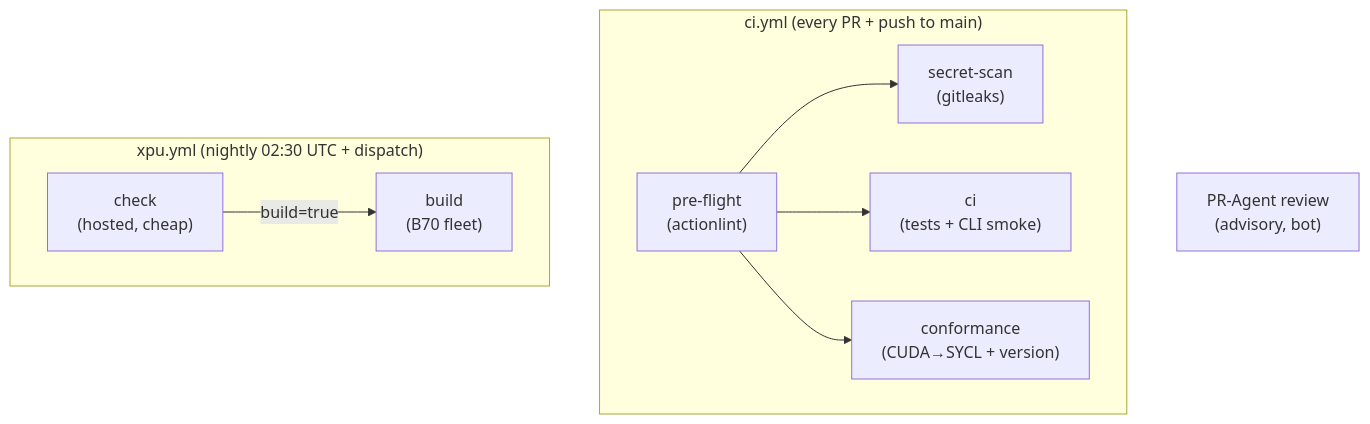
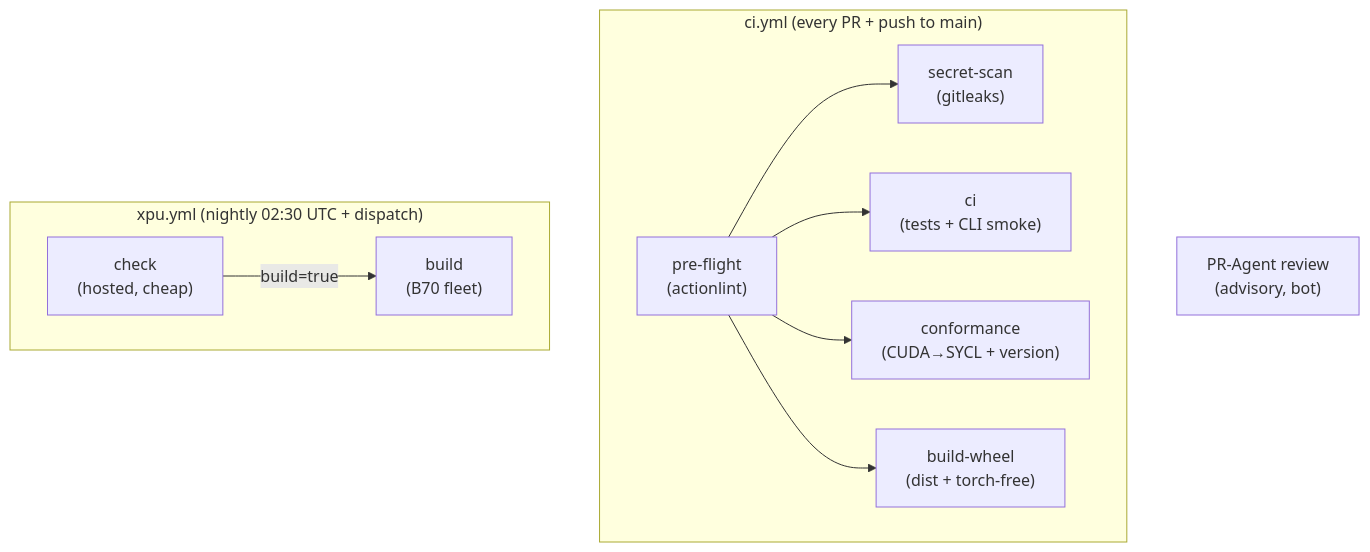
Before and after one commit to Performant-Labs/FreeToken-Intel: the diagram in docs/ci.md, drawn with Mermaid. The commit also changed other lines of this file and 4 other files, not shown here.

First line of the commit message:
feat(release): [xpu]/[accel] extras + build-release-wheels + build-wheel CI (issue #31)

````diff
--- a/docs/ci.md
+++ b/docs/ci.md
@@ -16,12 +16,13 @@
 ```mermaid
 flowchart TD
     subgraph "ci.yml (every PR + push to main)"
         PF["pre-flight<br/>(actionlint)"] --> SS["secret-scan<br/>(gitleaks)"]
         PF --> CI["ci<br/>(tests + CLI smoke)"]
         PF --> CF["conformance<br/>(CUDA→SYCL + version)"]
+        PF --> BW["build-wheel<br/>(dist + torch-free)"]
     end
     subgraph "xpu.yml (nightly 02:30 UTC + dispatch)"
         CHK["check<br/>(hosted, cheap)"] -->|build=true| BLD["build<br/>(B70 fleet)"]
     end
     PR["PR-Agent review<br/>(advisory, bot)"]
 ```
````
